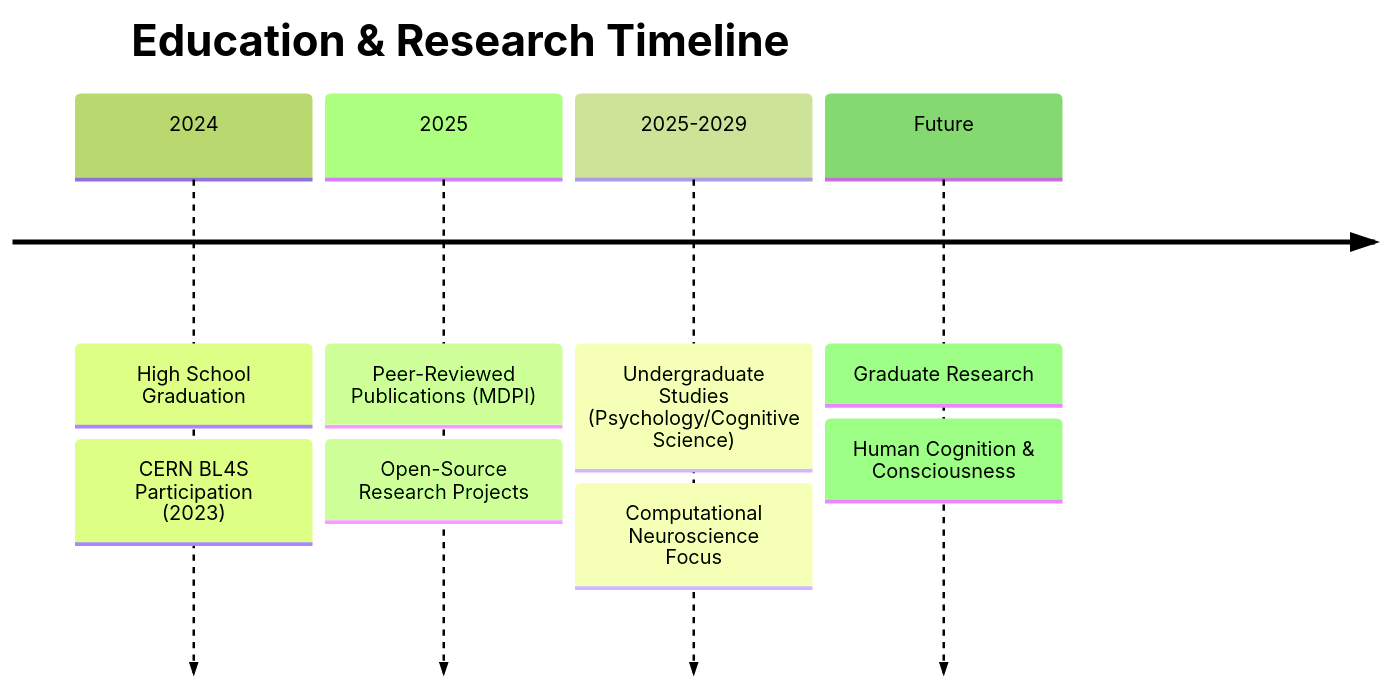
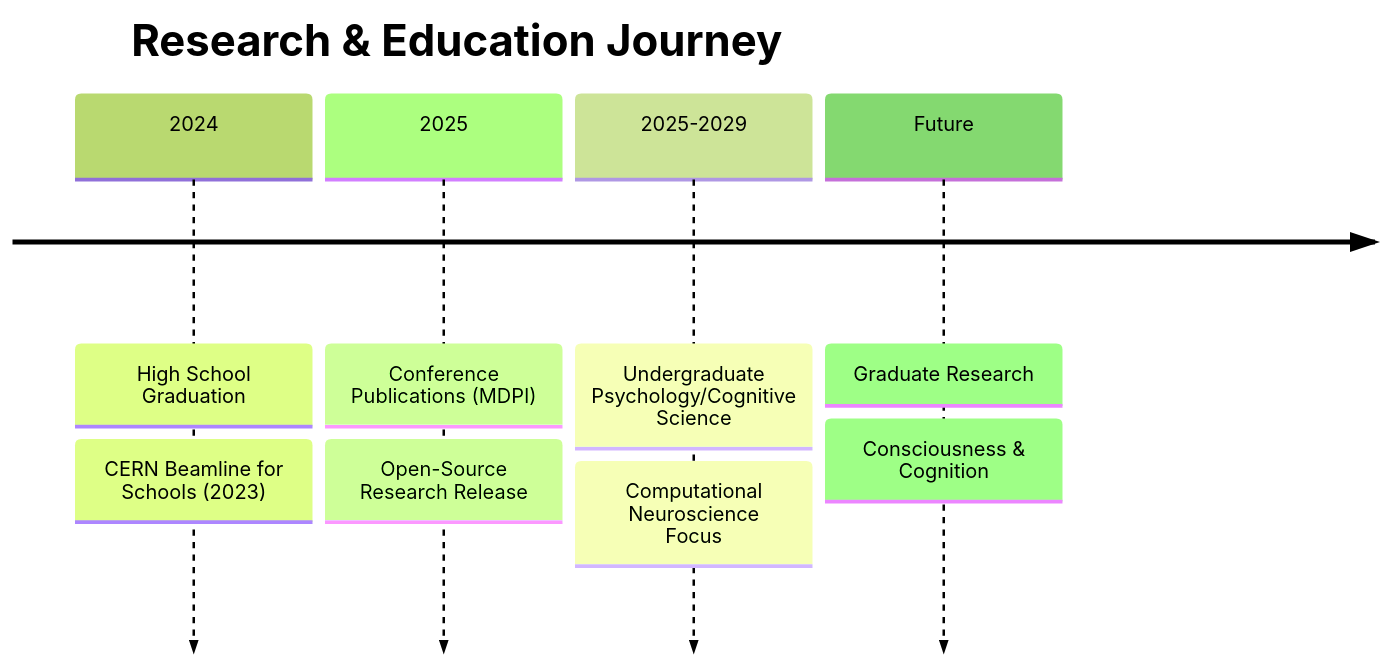
One commit to yusufcemalisbuga/yusufcemalisbuga changed the diagram in README.md. Above: the diagram before and after it, drawn with Mermaid (forest theme). The commit also changed other lines of this file, not shown here.

````diff
--- a/README.md
+++ b/README.md
@@ -345,12 +293,12 @@
 ```mermaid
 timeline
-    title Education & Research Timeline
+    title Research & Education Journey
     2024 : High School Graduation
-         : CERN BL4S Participation (2023)
-    2025 : Peer-Reviewed Publications (MDPI)
-         : Open-Source Research Projects
-    2025-2029 : Undergraduate Studies (Psychology/Cognitive Science)
+         : CERN Beamline for Schools (2023)
+    2025 : Conference Publications (MDPI)
+         : Open-Source Research Release
+    2025-2029 : Undergraduate Psychology/Cognitive Science
                : Computational Neuroscience Focus
     Future : Graduate Research
-           : Human Cognition & Consciousness
+           : Consciousness & Cognition
 ```
````
